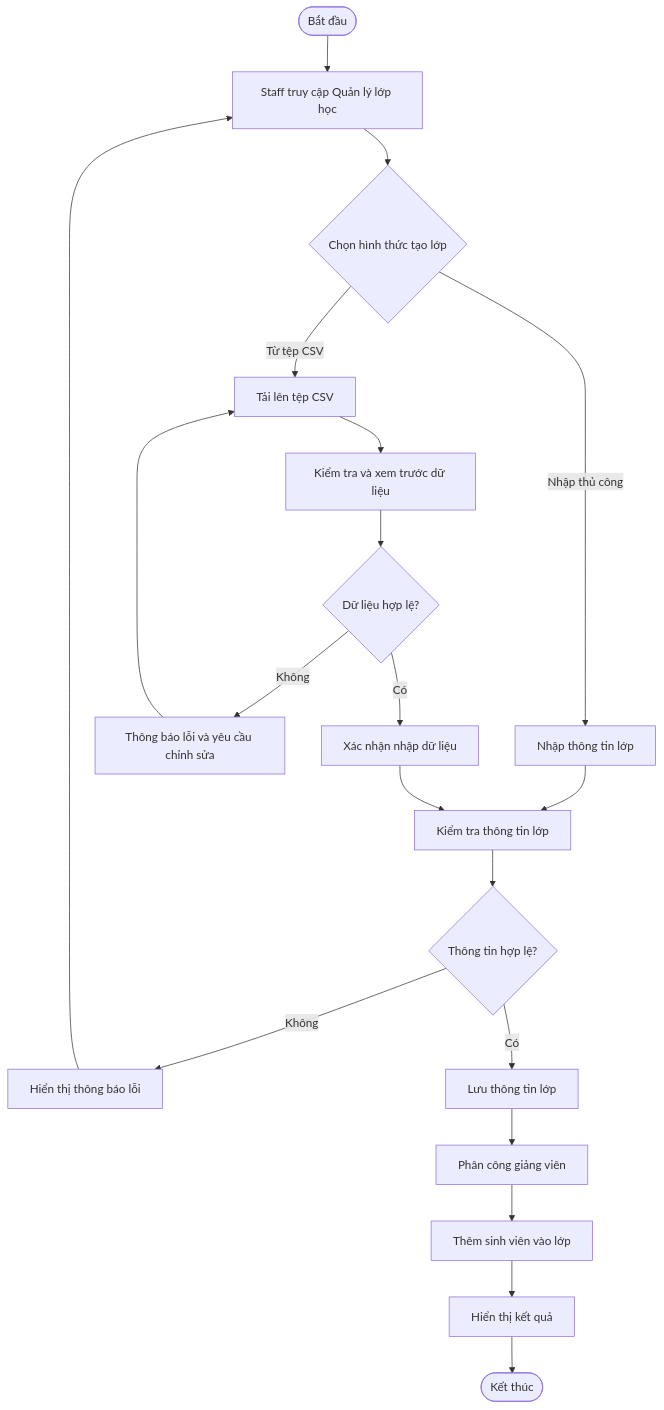
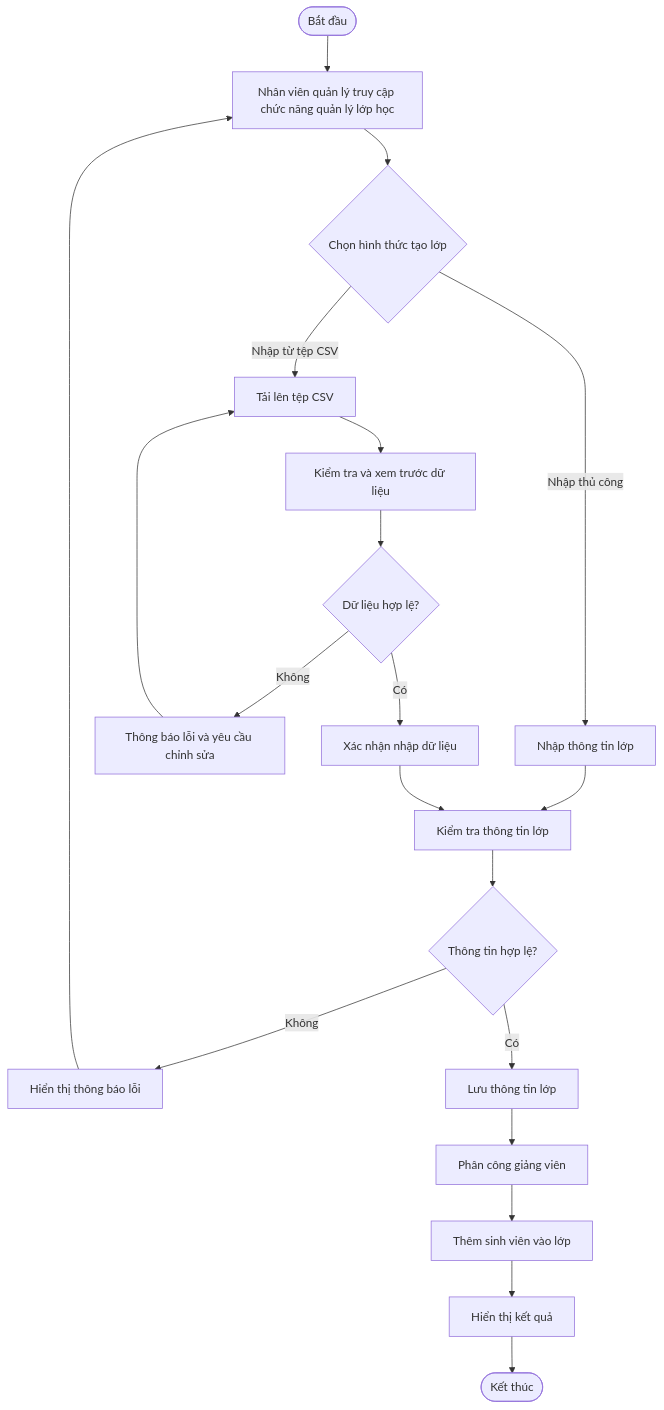
Before and after one commit to nguyenminhthien140906-dot/CNPM: the first of 2 diagrams in docs/FE03-class-management.md, drawn with Mermaid. The commit also changed other lines of this file, not shown here.

````diff
--- a/docs/FE03-class-management.md
+++ b/docs/FE03-class-management.md
@@ -118,22 +118,22 @@
 ```mermaid
 flowchart TD
-    A([Bắt đầu]) --> B[Staff truy cập Quản lý lớp học]
+    A([Bắt đầu]) --> B[Nhân viên quản lý truy cập chức năng quản lý lớp học]
     B --> C{Chọn hình thức tạo lớp}
     C -->|Nhập thủ công| D[Nhập thông tin lớp]
-    C -->|Từ tệp CSV| E[Tải lên tệp CSV]
+    C -->|Nhập từ tệp CSV| E[Tải lên tệp CSV]
     E --> F[Kiểm tra và xem trước dữ liệu]
     F --> G{Dữ liệu hợp lệ?}
     G -->|Không| H[Thông báo lỗi và yêu cầu chỉnh sửa]
     H --> E
     G -->|Có| I[Xác nhận nhập dữ liệu]
     D --> J[Kiểm tra thông tin lớp]
     I --> J
     J --> K{Thông tin hợp lệ?}
     K -->|Không| L[Hiển thị thông báo lỗi]
     L --> B
     K -->|Có| M[Lưu thông tin lớp]
     M --> N[Phân công giảng viên]
     N --> O[Thêm sinh viên vào lớp]
     O --> P[Hiển thị kết quả]
     P --> Q([Kết thúc])
 ```
````
